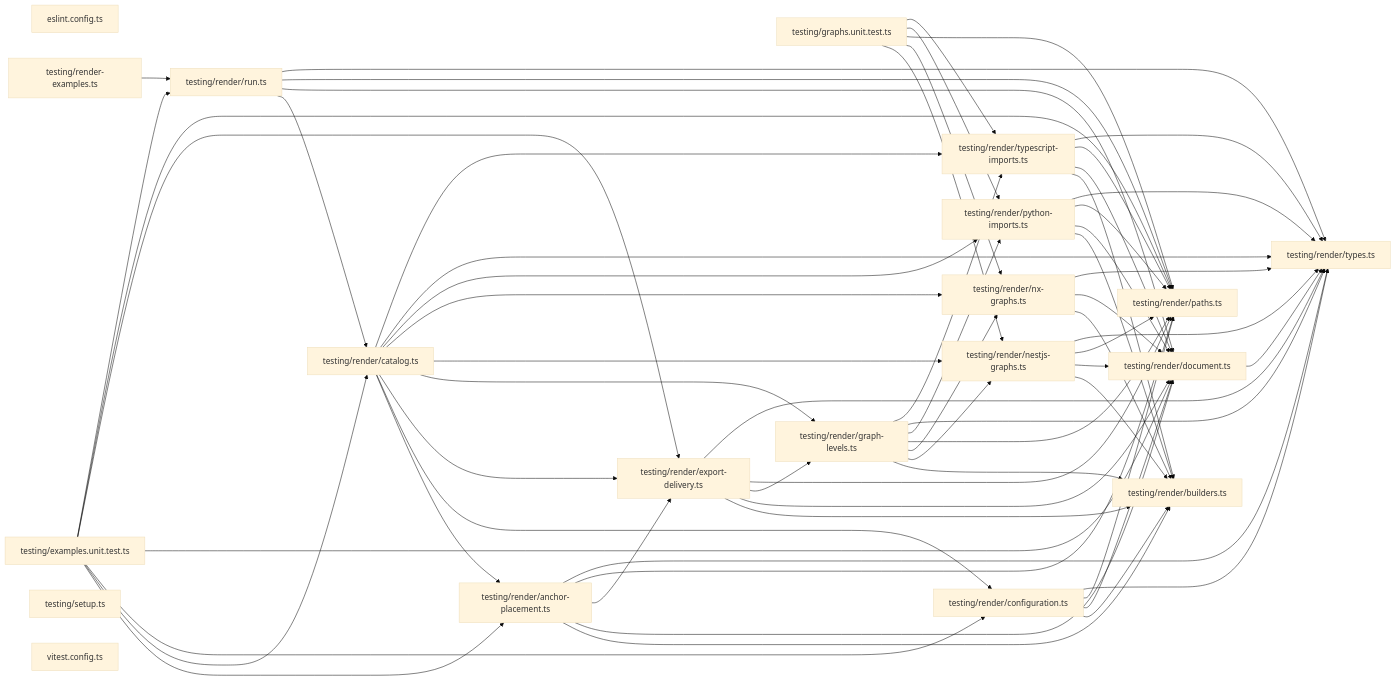
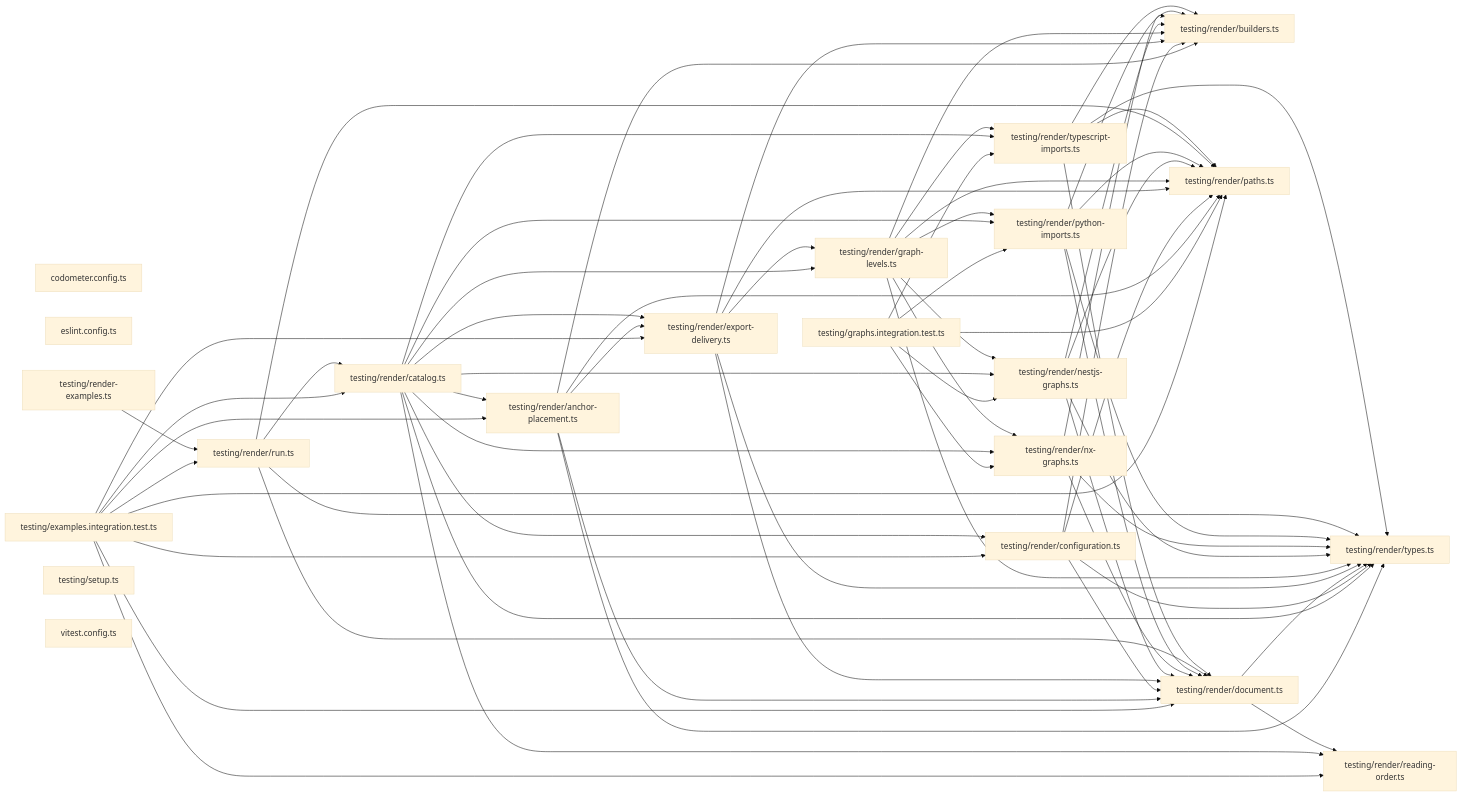
One commit to JimmyPaolini/codebase changed the second of 2 diagrams in packages/codependix-examples/README.md. Above: the diagram before and after it, drawn with Mermaid (base theme). The commit also changed other lines of this file and 50 other files, not shown here.

````diff
--- a/packages/codependix-examples/README.md
+++ b/packages/codependix-examples/README.md
@@ -209,8 +209,9 @@
 ```mermaid
 graph LR
+  file_codometer_config_ts["codometer.config.ts"]
   file_eslint_config_ts["eslint.config.ts"]
-  file_testing_examples_unit_test_ts["testing/examples.unit.test.ts"]
-  file_testing_graphs_unit_test_ts["testing/graphs.unit.test.ts"]
+  file_testing_examples_integration_test_ts["testing/examples.integration.test.ts"]
+  file_testing_graphs_integration_test_ts["testing/graphs.integration.test.ts"]
   file_testing_render_examples_ts["testing/render-examples.ts"]
   file_testing_render_anchor_placement_ts["testing/render/anchor-placement.ts"]
   file_testing_render_builders_ts["testing/render/builders.ts"]
@@ -223,23 +224,25 @@
   file_testing_render_nx_graphs_ts["testing/render/nx-graphs.ts"]
   file_testing_render_paths_ts["testing/render/paths.ts"]
   file_testing_render_python_imports_ts["testing/render/python-imports.ts"]
+  file_testing_render_reading_order_ts["testing/render/reading-order.ts"]
   file_testing_render_run_ts["testing/render/run.ts"]
   file_testing_render_types_ts["testing/render/types.ts"]
   file_testing_render_typescript_imports_ts["testing/render/typescript-imports.ts"]
   file_testing_setup_ts["testing/setup.ts"]
   file_vitest_config_ts["vitest.config.ts"]
-  file_testing_examples_unit_test_ts --> file_testing_render_anchor_placement_ts
-  file_testing_examples_unit_test_ts --> file_testing_render_catalog_ts
-  file_testing_examples_unit_test_ts --> file_testing_render_configuration_ts
-  file_testing_examples_unit_test_ts --> file_testing_render_document_ts
-  file_testing_examples_unit_test_ts --> file_testing_render_export_delivery_ts
-  file_testing_examples_unit_test_ts --> file_testing_render_paths_ts
-  file_testing_examples_unit_test_ts --> file_testing_render_run_ts
-  file_testing_graphs_unit_test_ts --> file_testing_render_nestjs_graphs_ts
-  file_testing_graphs_unit_test_ts --> file_testing_render_nx_graphs_ts
-  file_testing_graphs_unit_test_ts --> file_testing_render_paths_ts
-  file_testing_graphs_unit_test_ts --> file_testing_render_python_imports_ts
-  file_testing_graphs_unit_test_ts --> file_testing_render_typescript_imports_ts
+  file_testing_examples_integration_test_ts --> file_testing_render_anchor_placement_ts
+  file_testing_examples_integration_test_ts --> file_testing_render_catalog_ts
+  file_testing_examples_integration_test_ts --> file_testing_render_configuration_ts
+  file_testing_examples_integration_test_ts --> file_testing_render_document_ts
+  file_testing_examples_integration_test_ts --> file_testing_render_export_delivery_ts
+  file_testing_examples_integration_test_ts --> file_testing_render_paths_ts
+  file_testing_examples_integration_test_ts --> file_testing_render_reading_order_ts
+  file_testing_examples_integration_test_ts --> file_testing_render_run_ts
+  file_testing_graphs_integration_test_ts --> file_testing_render_nestjs_graphs_ts
+  file_testing_graphs_integration_test_ts --> file_testing_render_nx_graphs_ts
+  file_testing_graphs_integration_test_ts --> file_testing_render_paths_ts
+  file_testing_graphs_integration_test_ts --> file_testing_render_python_imports_ts
+  file_testing_graphs_integration_test_ts --> file_testing_render_typescript_imports_ts
   file_testing_render_examples_ts --> file_testing_render_run_ts
   file_testing_render_anchor_placement_ts --> file_testing_render_builders_ts
   file_testing_render_anchor_placement_ts --> file_testing_render_document_ts
@@ -253,12 +256,14 @@
   file_testing_render_catalog_ts --> file_testing_render_nestjs_graphs_ts
   file_testing_render_catalog_ts --> file_testing_render_nx_graphs_ts
   file_testing_render_catalog_ts --> file_testing_render_python_imports_ts
+  file_testing_render_catalog_ts --> file_testing_render_reading_order_ts
   file_testing_render_catalog_ts --> file_testing_render_types_ts
   file_testing_render_catalog_ts --> file_testing_render_typescript_imports_ts
   file_testing_render_configuration_ts --> file_testing_render_builders_ts
   file_testing_render_configuration_ts --> file_testing_render_document_ts
   file_testing_render_configuration_ts --> file_testing_render_paths_ts
   file_testing_render_configuration_ts --> file_testing_render_types_ts
+  file_testing_render_document_ts --> file_testing_render_reading_order_ts
   file_testing_render_document_ts --> file_testing_render_types_ts
   file_testing_render_export_delivery_ts --> file_testing_render_builders_ts
   file_testing_render_export_delivery_ts --> file_testing_render_document_ts
````
